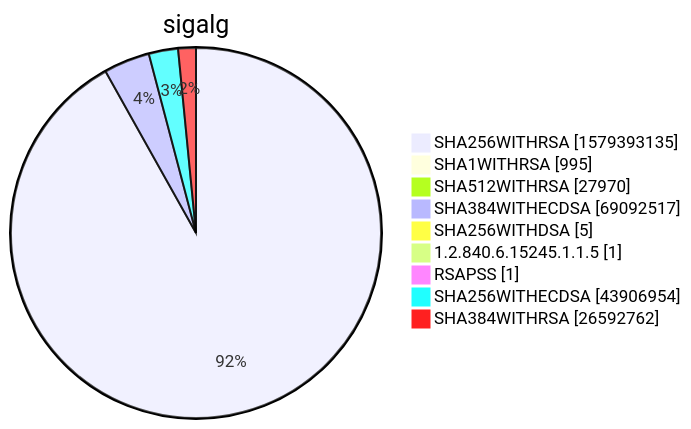
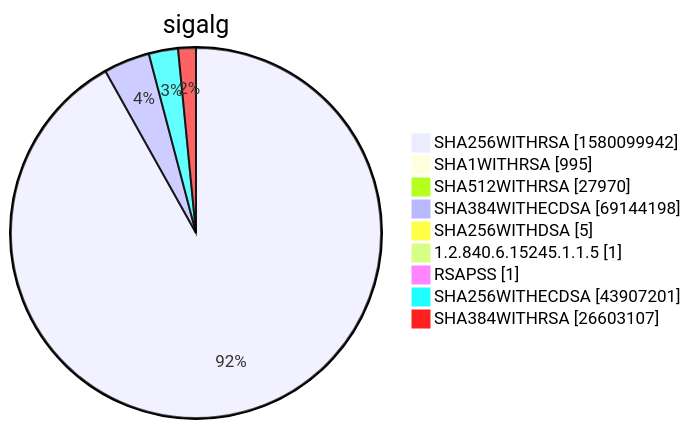
Before and after one commit to christiankrug/ctmonitor_visualization: diagram 15 of 15 in xenon2022/README.md, drawn with Mermaid. The commit also changed other lines of this file, not shown here.

````diff
--- a/xenon2022/README.md
+++ b/xenon2022/README.md
@@ -5868,13 +5868,13 @@
 ```mermaid
 pie showData
 title sigalg
-"SHA256WITHRSA" :1579393135
+"SHA256WITHRSA" :1580099942
 "SHA1WITHRSA" :995
 "SHA512WITHRSA" :27970
-"SHA384WITHECDSA" :69092517
+"SHA384WITHECDSA" :69144198
 "SHA256WITHDSA" :5
 "1.2.840.6.15245.1.1.5" :1
 "RSAPSS" :1
-"SHA256WITHECDSA" :43906954
-"SHA384WITHRSA" :26592762
+"SHA256WITHECDSA" :43907201
+"SHA384WITHRSA" :26603107
 ```
````
